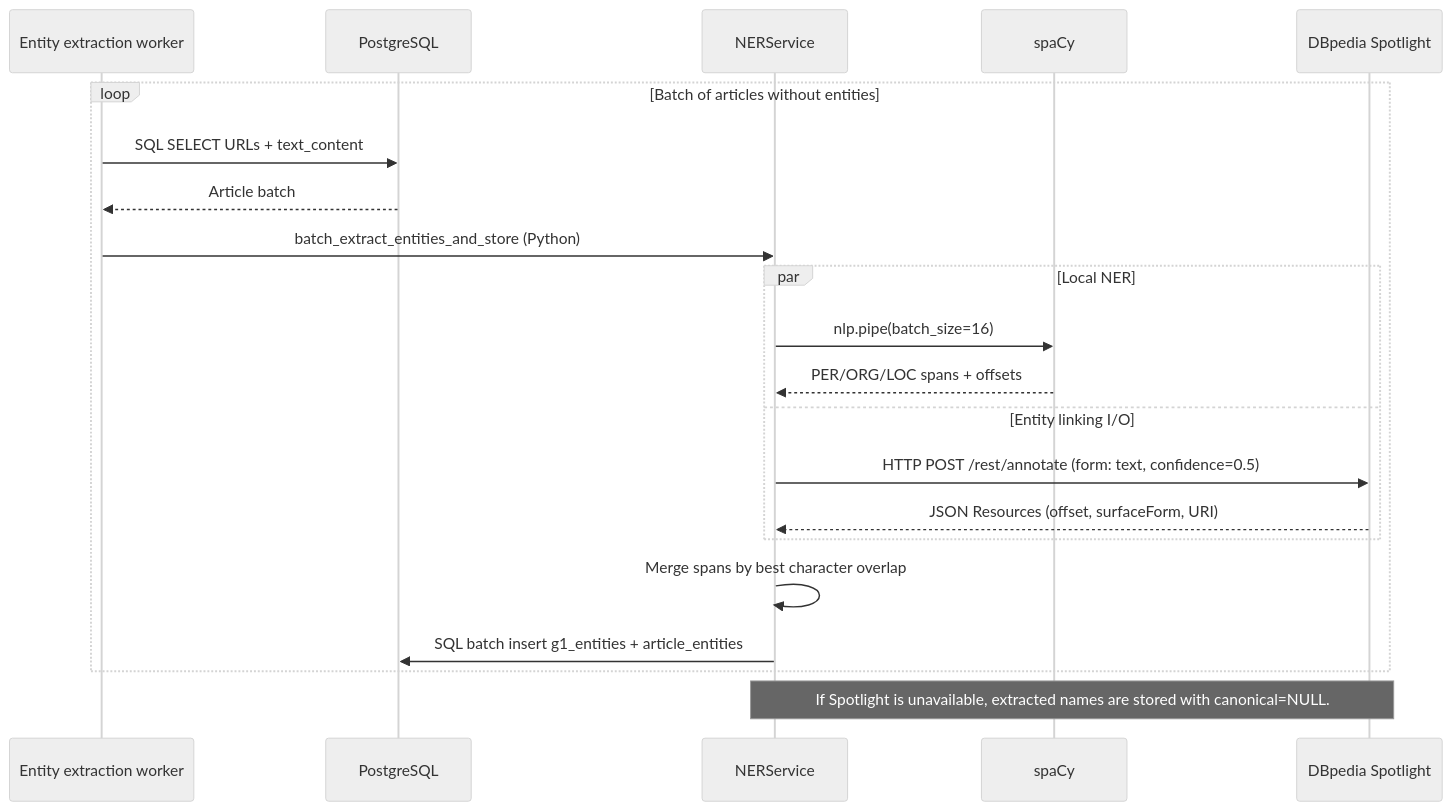
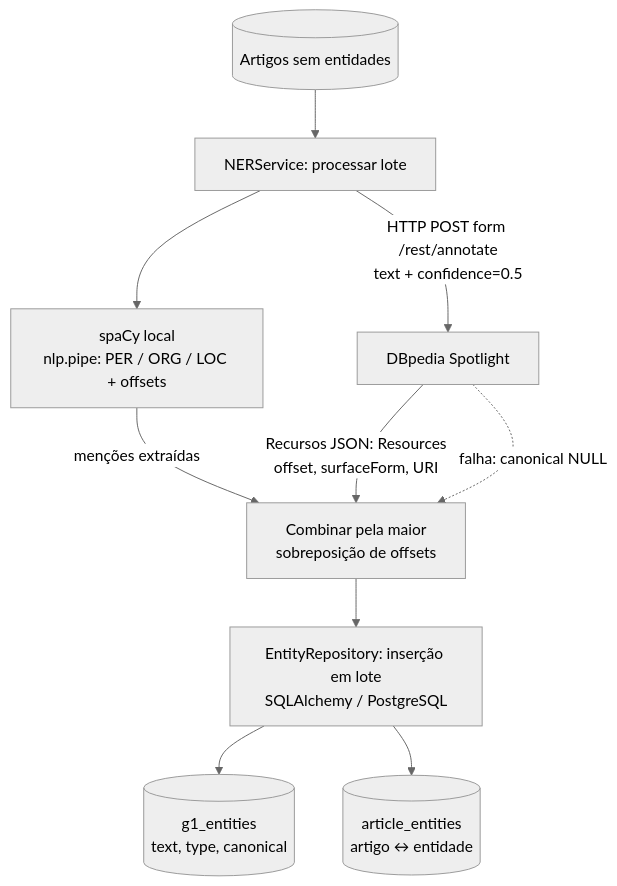
The third of 5 diagrams in docs/fluxos_modulos_tecnicos_sem_redis_cli.md (rafaelsalb/tcc), drawn with Mermaid (neutral theme) before and after one commit. The commit also changed other lines of this file and 25 other files, not shown here.

````diff
--- a/docs/fluxos_modulos_tecnicos_sem_redis_cli.md
+++ b/docs/fluxos_modulos_tecnicos_sem_redis_cli.md
@@ -68,24 +68,12 @@
 ```mermaid
-sequenceDiagram
-    participant App as Entity extraction worker
-    participant DB as PostgreSQL
-    participant NER as NERService
-    participant spaCy
-    participant Spotlight as DBpedia Spotlight
-
-    loop Batch of articles without entities
-        App->>DB: SQL SELECT URLs + text_content
-        DB-->>App: Article batch
-        App->>NER: batch_extract_entities_and_store (Python)
-        par Local NER
-            NER->>spaCy: nlp.pipe(batch_size=16)
-            spaCy-->>NER: PER/ORG/LOC spans + offsets
-        and Entity linking I/O
-            NER->>Spotlight: HTTP POST /rest/annotate (form: text, confidence=0.5)
-            Spotlight-->>NER: JSON Resources (offset, surfaceForm, URI)
-        end
-        NER->>NER: Merge spans by best character overlap
-        NER->>DB: SQL batch insert g1_entities + article_entities
-    end
-    Note over NER,Spotlight: If Spotlight is unavailable, extracted names are stored with canonical=NULL.
+flowchart TB
+    articles[(Artigos sem entidades)] --> ner[NERService: processar lote]
+    ner --> spacy[spaCy local<br/>nlp.pipe: PER / ORG / LOC + offsets]
+    ner -->|HTTP POST form /rest/annotate<br/>text + confidence=0.5| spotlight[DBpedia Spotlight]
+    spacy -->|menções extraídas| merge[Combinar pela maior<br/>sobreposição de offsets]
+    spotlight -->|Recursos JSON: Resources<br/>offset, surfaceForm, URI| merge
+    spotlight -.->|falha: canonical NULL| merge
+    merge --> persist[EntityRepository: inserção em lote<br/>SQLAlchemy / PostgreSQL]
+    persist --> entities[(g1_entities<br/>text, type, canonical)]
+    persist --> links[(article_entities<br/>artigo ↔ entidade)]
 ```
````
